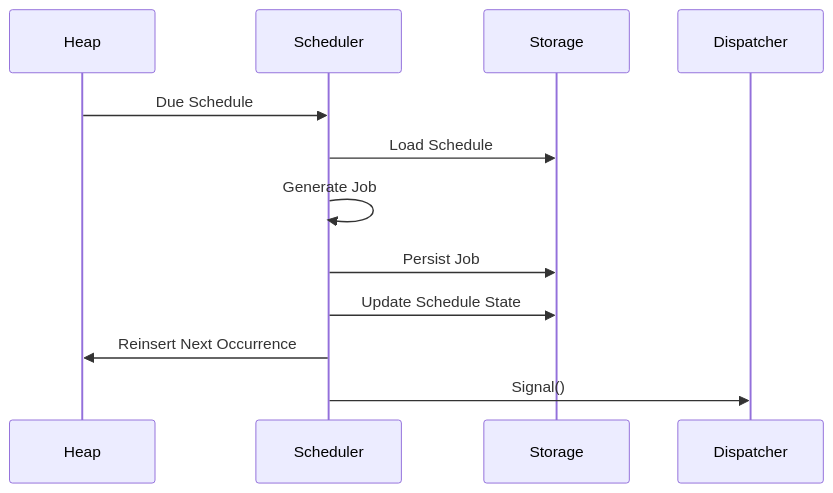
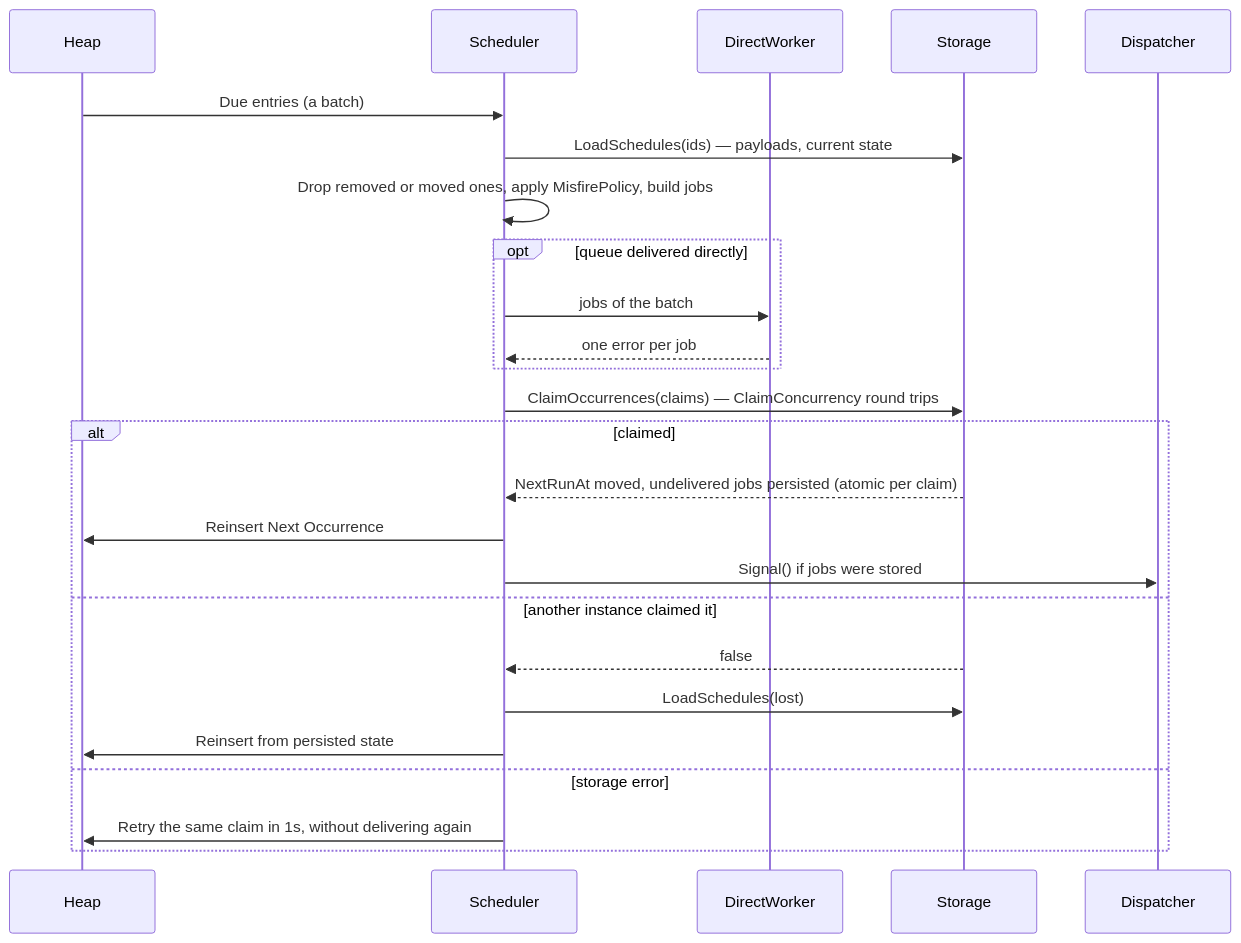
The fourth of 20 diagrams in docs/ARCHITECTURE.md (zsweiter/hydra), drawn with Mermaid before and after one commit. The commit also changed other lines of this file and 109 other files, not shown here.

````diff
--- a/docs/ARCHITECTURE.md
+++ b/docs/ARCHITECTURE.md
@@ -285,22 +306,33 @@
 ```mermaid
 sequenceDiagram
 
     participant Heap
     participant Scheduler
+    participant Direct as DirectWorker
     participant Storage
     participant Dispatcher
 
-    Heap->>Scheduler: Due Schedule
+    Heap->>Scheduler: Due entries (a batch)
 
-    Scheduler->>Storage: Load Schedule
+    Scheduler->>Storage: LoadSchedules(ids) — payloads, current state
+    Scheduler->>Scheduler: Drop removed or moved ones, apply MisfirePolicy, build jobs
 
-    Scheduler->>Scheduler: Generate Job
+    opt queue delivered directly
+        Scheduler->>Direct: jobs of the batch
+        Direct-->>Scheduler: one error per job
+    end
 
-    Scheduler->>Storage: Persist Job
+    Scheduler->>Storage: ClaimOccurrences(claims) — ClaimConcurrency round trips
 
-    Scheduler->>Storage: Update Schedule State
-
-    Scheduler->>Heap: Reinsert Next Occurrence
-
-    Scheduler->>Dispatcher: Signal()
+    alt claimed
+        Storage-->>Scheduler: NextRunAt moved, undelivered jobs persisted (atomic per claim)
+        Scheduler->>Heap: Reinsert Next Occurrence
+        Scheduler->>Dispatcher: Signal() if jobs were stored
+    else another instance claimed it
+        Storage-->>Scheduler: false
+        Scheduler->>Storage: LoadSchedules(lost)
+        Scheduler->>Heap: Reinsert from persisted state
+    else storage error
+        Scheduler->>Heap: Retry the same claim in 1s, without delivering again
+    end
 ```
````
